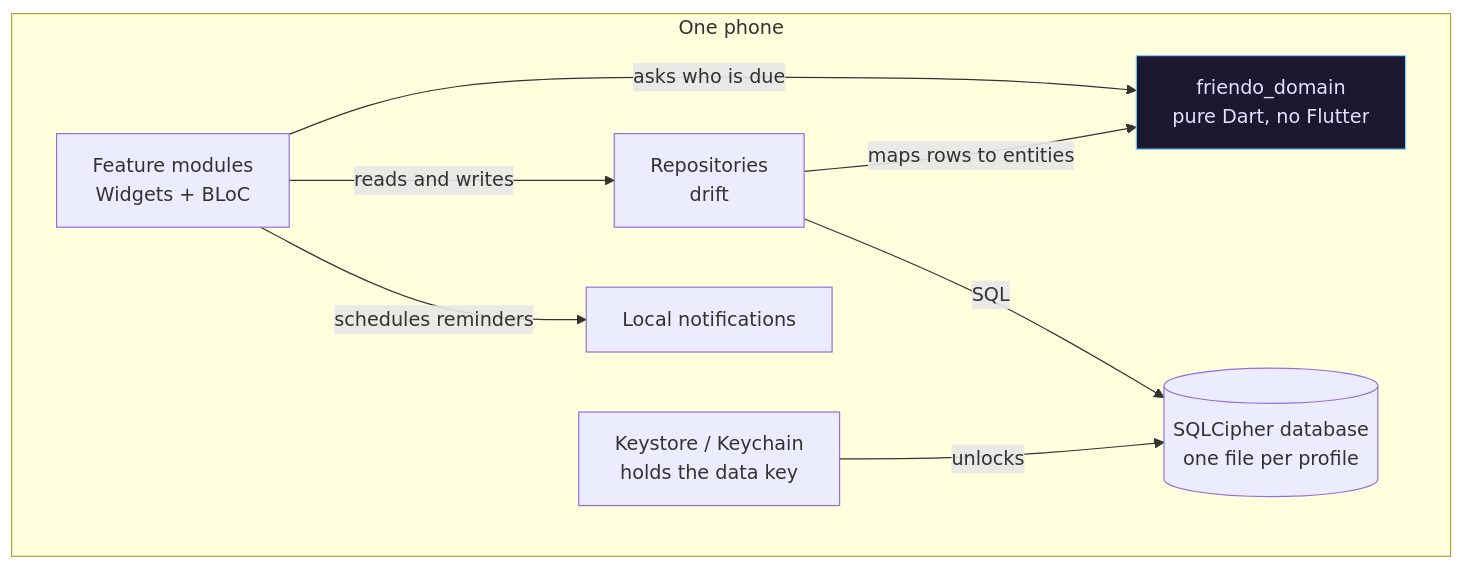
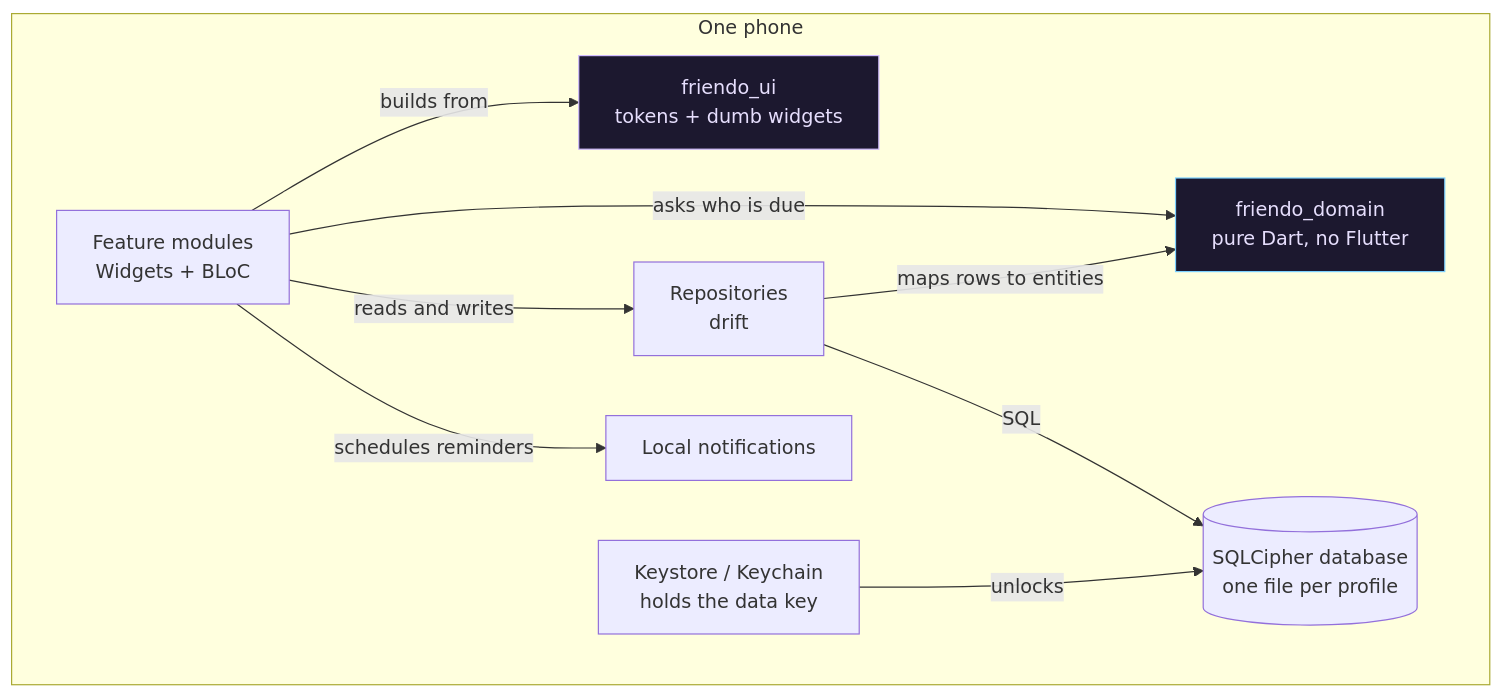
Before and after one commit to kraftartz/friendO: the second of 3 diagrams in docs/architecture.md, drawn with Mermaid. The commit also changed other lines of this file and 2 other files, not shown here.

First line of the commit message:
docs: add ADR-0018, put design tokens and dumb widgets in friendo_ui

````diff
--- a/docs/architecture.md
+++ b/docs/architecture.md
@@ -76,20 +76,23 @@
 ```mermaid
 graph TB
     subgraph Phone["One phone"]
         UI["Feature modules<br/>Widgets + BLoC"]
+        UIP["friendo_ui<br/>tokens + dumb widgets"]
         DOM["friendo_domain<br/>pure Dart, no Flutter"]
         REPO["Repositories<br/>drift"]
         DB[("SQLCipher database<br/>one file per profile")]
         SEC["Keystore / Keychain<br/>holds the data key"]
         NOTIF["Local notifications"]
     end
 
+    UI -->|"builds from"| UIP
     UI -->|"asks who is due"| DOM
     UI -->|"reads and writes"| REPO
     REPO -->|"maps rows to entities"| DOM
     REPO -->|"SQL"| DB
     SEC -->|"unlocks"| DB
     UI -->|"schedules reminders"| NOTIF
 
     style DOM fill:#1c182f,stroke:#7bd0ff,color:#e6defd
+    style UIP fill:#1c182f,stroke:#d0bcff,color:#e6defd
 ```
````
